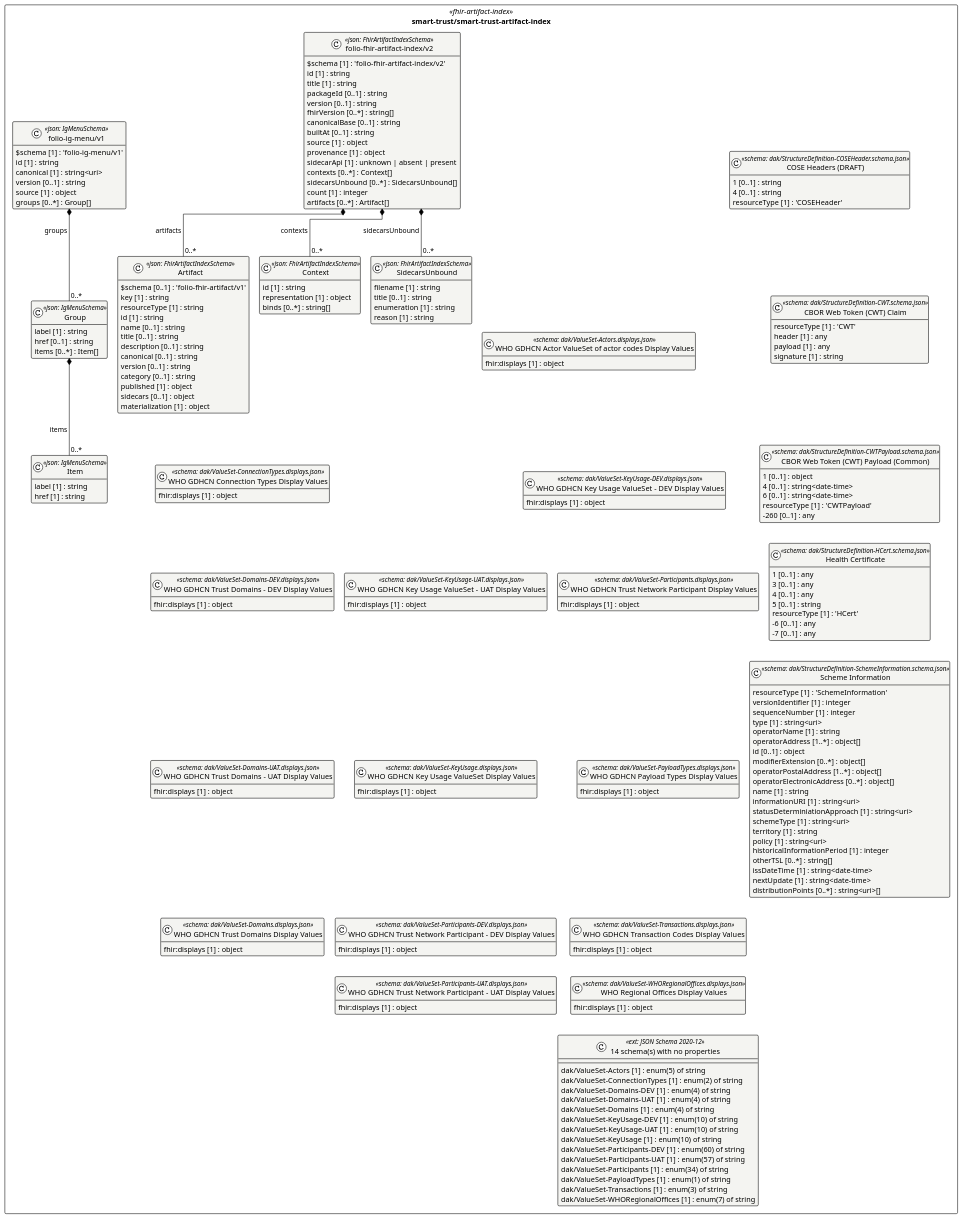
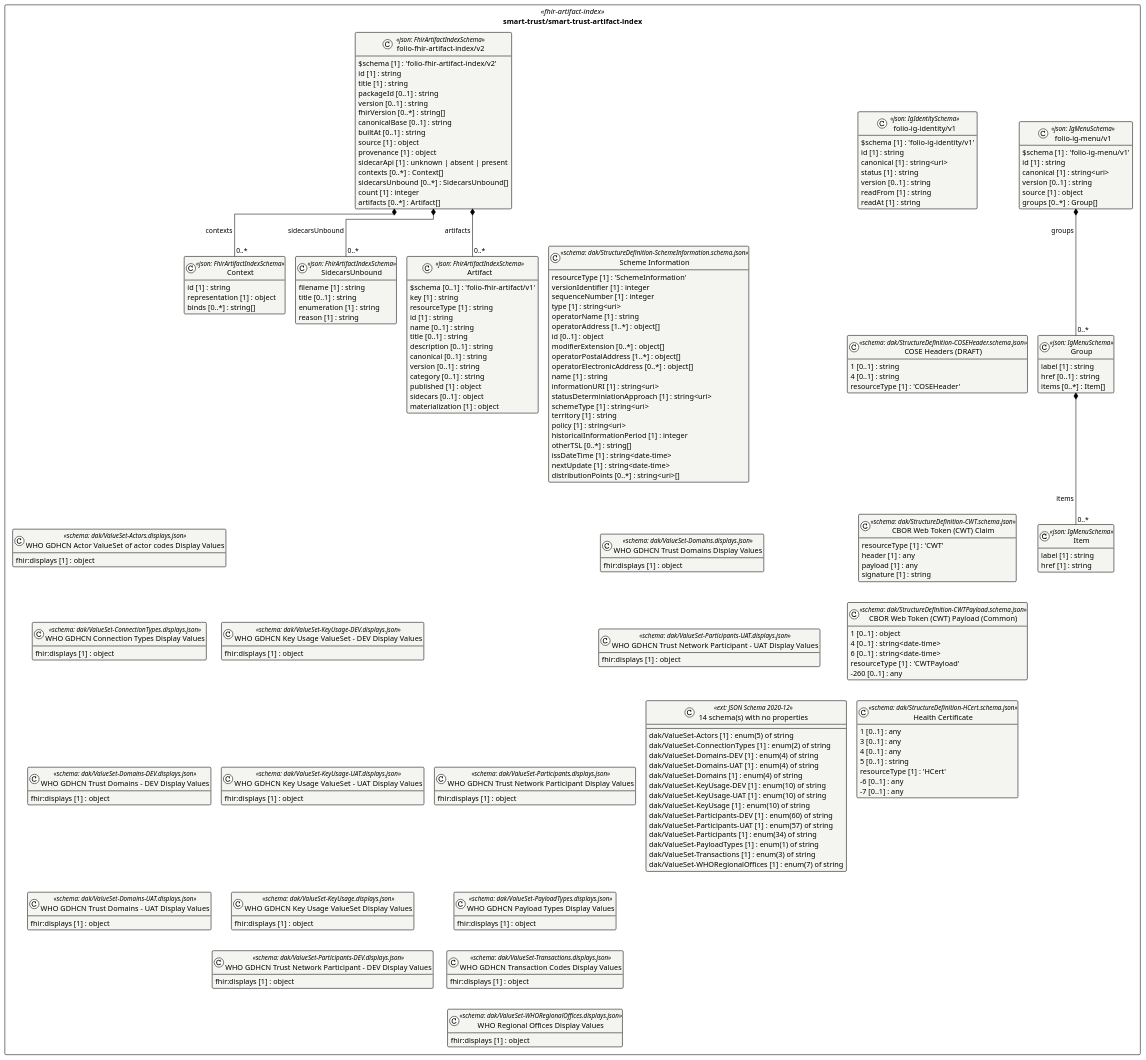
The diagram in cat-harness/uml/overview/smart-trust/smart-trust-artifact-index.puml (litlfred/folio-assistant), drawn with PlantUML before and after one commit. The commit also changed 56 other files, not shown here.

```diff
--- a/cat-harness/uml/overview/smart-trust/smart-trust-artifact-index.puml
+++ b/cat-harness/uml/overview/smart-trust/smart-trust-artifact-index.puml
@@ -3,185 +3,194 @@
 @startuml smart_trust_smart_trust_artifact_index
 !pragma layout elk
 !theme plain
 skinparam classAttributeIconSize 0
 skinparam shadowing false
 skinparam packageStyle rectangle
 hide empty methods
 
 package "smart-trust/smart-trust-artifact-index" as pkg_smart_trust_smart_trust_artifact_index <<fhir-artifact-index>> {
   class "Context" as smart_trust_smart_trust_artifact_index_folio_fhir_artifact_index_v2_Context <<json: FhirArtifactIndexSchema>> #f4f4f1 {
     id [1] : string
     representation [1] : object
     binds [0..*] : string[]
   }
   class "SidecarsUnbound" as smart_trust_smart_trust_artifact_index_folio_fhir_artifact_index_v2_SidecarsUnbound <<json: FhirArtifactIndexSchema>> #f4f4f1 {
     filename [1] : string
     title [0..1] : string
     enumeration [1] : string
     reason [1] : string
   }
   class "Artifact" as smart_trust_smart_trust_artifact_index_folio_fhir_artifact_index_v2_Artifact <<json: FhirArtifactIndexSchema>> #f4f4f1 {
     $schema [0..1] : 'folio-fhir-artifact/v1'
     key [1] : string
     resourceType [1] : string
     id [1] : string
     name [0..1] : string
     title [0..1] : string
     description [0..1] : string
     canonical [0..1] : string
     version [0..1] : string
     category [0..1] : string
     published [1] : object
     sidecars [0..1] : object
     materialization [1] : object
   }
   class "folio-fhir-artifact-index/v2" as smart_trust_smart_trust_artifact_index_folio_fhir_artifact_index_v2_folio_fhir_artifact_index_v2 <<json: FhirArtifactIndexSchema>> #f4f4f1 {
     $schema [1] : 'folio-fhir-artifact-index/v2'
     id [1] : string
     title [1] : string
     packageId [0..1] : string
     version [0..1] : string
     fhirVersion [0..*] : string[]
     canonicalBase [0..1] : string
     builtAt [0..1] : string
     source [1] : object
     provenance [1] : object
     sidecarApi [1] : unknown | absent | present
     contexts [0..*] : Context[]
     sidecarsUnbound [0..*] : SidecarsUnbound[]
     count [1] : integer
     artifacts [0..*] : Artifact[]
   }
   class "Item" as smart_trust_smart_trust_artifact_index_folio_ig_menu_v1_Item <<json: IgMenuSchema>> #f4f4f1 {
     label [1] : string
     href [1] : string
   }
   class "Group" as smart_trust_smart_trust_artifact_index_folio_ig_menu_v1_Group <<json: IgMenuSchema>> #f4f4f1 {
     label [1] : string
     href [0..1] : string
     items [0..*] : Item[]
   }
   class "folio-ig-menu/v1" as smart_trust_smart_trust_artifact_index_folio_ig_menu_v1_folio_ig_menu_v1 <<json: IgMenuSchema>> #f4f4f1 {
     $schema [1] : 'folio-ig-menu/v1'
     id [1] : string
     canonical [1] : string<uri>
     version [0..1] : string
     source [1] : object
     groups [0..*] : Group[]
+  }
+  class "folio-ig-identity/v1" as smart_trust_smart_trust_artifact_index_folio_ig_identity_v1_folio_ig_identity_v1 <<json: IgIdentitySchema>> #f4f4f1 {
+    $schema [1] : 'folio-ig-identity/v1'
+    id [1] : string
+    canonical [1] : string<uri>
+    status [1] : string
+    version [0..1] : string
+    readFrom [1] : string
+    readAt [1] : string
   }
   class "COSE Headers (DRAFT)" as smart_trust_smart_trust_artifact_index_dak_StructureDefinition_COSEHeader_schema_json_COSE_Headers__DRAFT_ <<schema: dak/StructureDefinition-COSEHeader.schema.json>> #f4f4f1 {
     1 [0..1] : string
     4 [0..1] : string
     resourceType [1] : 'COSEHeader'
   }
   class "CBOR Web Token (CWT) Claim" as smart_trust_smart_trust_artifact_index_dak_StructureDefinition_CWT_schema_json_CBOR_Web_Token__CWT__Claim <<schema: dak/StructureDefinition-CWT.schema.json>> #f4f4f1 {
     resourceType [1] : 'CWT'
     header [1] : any
     payload [1] : any
     signature [1] : string
   }
   class "CBOR Web Token (CWT) Payload (Common)" as smart_trust_smart_trust_artifact_index_dak_StructureDefinition_CWTPayload_schema_json_CBOR_Web_Token__CWT__Payload__Common_ <<schema: dak/StructureDefinition-CWTPayload.schema.json>> #f4f4f1 {
     1 [0..1] : object
     4 [0..1] : string<date-time>
     6 [0..1] : string<date-time>
     resourceType [1] : 'CWTPayload'
     -260 [0..1] : any
   }
   class "Health Certificate" as smart_trust_smart_trust_artifact_index_dak_StructureDefinition_HCert_schema_json_Health_Certificate <<schema: dak/StructureDefinition-HCert.schema.json>> #f4f4f1 {
     1 [0..1] : any
     3 [0..1] : any
     4 [0..1] : any
     5 [0..1] : string
     resourceType [1] : 'HCert'
     -6 [0..1] : any
     -7 [0..1] : any
   }
   class "Scheme Information" as smart_trust_smart_trust_artifact_index_dak_StructureDefinition_SchemeInformation_schema_json_Scheme_Information <<schema: dak/StructureDefinition-SchemeInformation.schema.json>> #f4f4f1 {
     resourceType [1] : 'SchemeInformation'
     versionIdentifier [1] : integer
     sequenceNumber [1] : integer
     type [1] : string<uri>
     operatorName [1] : string
     operatorAddress [1..*] : object[]
     id [0..1] : object
     modifierExtension [0..*] : object[]
     operatorPostalAddress [1..*] : object[]
     operatorElectronicAddress [0..*] : object[]
     name [1] : string
     informationURI [1] : string<uri>
     statusDeterminiationApproach [1] : string<uri>
     schemeType [1] : string<uri>
     territory [1] : string
     policy [1] : string<uri>
     historicalInformationPeriod [1] : integer
     otherTSL [0..*] : string[]
     issDateTime [1] : string<date-time>
     nextUpdate [1] : string<date-time>
     distributionPoints [0..*] : string<uri>[]
   }
   class "WHO GDHCN Actor ValueSet of actor codes Display Values" as smart_trust_smart_trust_artifact_index_dak_ValueSet_Actors_displays_json_WHO_GDHCN_Actor_ValueSet_of_actor_codes_Display_Values <<schema: dak/ValueSet-Actors.displays.json>> #f4f4f1 {
     fhir:displays [1] : object
   }
   class "WHO GDHCN Connection Types Display Values" as smart_trust_smart_trust_artifact_index_dak_ValueSet_ConnectionTypes_displays_json_WHO_GDHCN_Connection_Types_Display_Values <<schema: dak/ValueSet-ConnectionTypes.displays.json>> #f4f4f1 {
     fhir:displays [1] : object
   }
   class "WHO GDHCN Trust Domains - DEV Display Values" as smart_trust_smart_trust_artifact_index_dak_ValueSet_Domains_DEV_displays_json_WHO_GDHCN_Trust_Domains___DEV_Display_Values <<schema: dak/ValueSet-Domains-DEV.displays.json>> #f4f4f1 {
     fhir:displays [1] : object
   }
   class "WHO GDHCN Trust Domains - UAT Display Values" as smart_trust_smart_trust_artifact_index_dak_ValueSet_Domains_UAT_displays_json_WHO_GDHCN_Trust_Domains___UAT_Display_Values <<schema: dak/ValueSet-Domains-UAT.displays.json>> #f4f4f1 {
     fhir:displays [1] : object
   }
   class "WHO GDHCN Trust Domains Display Values" as smart_trust_smart_trust_artifact_index_dak_ValueSet_Domains_displays_json_WHO_GDHCN_Trust_Domains_Display_Values <<schema: dak/ValueSet-Domains.displays.json>> #f4f4f1 {
     fhir:displays [1] : object
   }
   class "WHO GDHCN  Key Usage ValueSet - DEV Display Values" as smart_trust_smart_trust_artifact_index_dak_ValueSet_KeyUsage_DEV_displays_json_WHO_GDHCN__Key_Usage_ValueSet___DEV_Display_Values <<schema: dak/ValueSet-KeyUsage-DEV.displays.json>> #f4f4f1 {
     fhir:displays [1] : object
   }
   class "WHO GDHCN  Key Usage ValueSet - UAT Display Values" as smart_trust_smart_trust_artifact_index_dak_ValueSet_KeyUsage_UAT_displays_json_WHO_GDHCN__Key_Usage_ValueSet___UAT_Display_Values <<schema: dak/ValueSet-KeyUsage-UAT.displays.json>> #f4f4f1 {
     fhir:displays [1] : object
   }
   class "WHO GDHCN  Key Usage ValueSet Display Values" as smart_trust_smart_trust_artifact_index_dak_ValueSet_KeyUsage_displays_json_WHO_GDHCN__Key_Usage_ValueSet_Display_Values <<schema: dak/ValueSet-KeyUsage.displays.json>> #f4f4f1 {
     fhir:displays [1] : object
   }
   class "WHO GDHCN Trust Network Participant - DEV Display Values" as smart_trust_smart_trust_artifact_index_dak_ValueSet_Participants_DEV_displays_json_WHO_GDHCN_Trust_Network_Participant___DEV_Display_Values <<schema: dak/ValueSet-Participants-DEV.displays.json>> #f4f4f1 {
     fhir:displays [1] : object
   }
   class "WHO GDHCN Trust Network Participant - UAT Display Values" as smart_trust_smart_trust_artifact_index_dak_ValueSet_Participants_UAT_displays_json_WHO_GDHCN_Trust_Network_Participant___UAT_Display_Values <<schema: dak/ValueSet-Participants-UAT.displays.json>> #f4f4f1 {
     fhir:displays [1] : object
   }
   class "WHO GDHCN Trust Network Participant Display Values" as smart_trust_smart_trust_artifact_index_dak_ValueSet_Participants_displays_json_WHO_GDHCN_Trust_Network_Participant_Display_Values <<schema: dak/ValueSet-Participants.displays.json>> #f4f4f1 {
     fhir:displays [1] : object
   }
   class "WHO GDHCN Payload Types Display Values" as smart_trust_smart_trust_artifact_index_dak_ValueSet_PayloadTypes_displays_json_WHO_GDHCN_Payload_Types_Display_Values <<schema: dak/ValueSet-PayloadTypes.displays.json>> #f4f4f1 {
     fhir:displays [1] : object
   }
   class "WHO GDHCN Transaction Codes Display Values" as smart_trust_smart_trust_artifact_index_dak_ValueSet_Transactions_displays_json_WHO_GDHCN_Transaction_Codes_Display_Values <<schema: dak/ValueSet-Transactions.displays.json>> #f4f4f1 {
     fhir:displays [1] : object
   }
   class "WHO Regional Offices Display Values" as smart_trust_smart_trust_artifact_index_dak_ValueSet_WHORegionalOffices_displays_json_WHO_Regional_Offices_Display_Values <<schema: dak/ValueSet-WHORegionalOffices.displays.json>> #f4f4f1 {
     fhir:displays [1] : object
   }
   class "14 schema(s) with no properties" as smart_trust_smart_trust_artifact_index_https___json_schema_org_draft_2020_12_schema_listed <<ext: JSON Schema 2020-12>> #f4f4f1 {
     dak/ValueSet-Actors [1] : enum(5) of string
     dak/ValueSet-ConnectionTypes [1] : enum(2) of string
     dak/ValueSet-Domains-DEV [1] : enum(4) of string
     dak/ValueSet-Domains-UAT [1] : enum(4) of string
     dak/ValueSet-Domains [1] : enum(4) of string
     dak/ValueSet-KeyUsage-DEV [1] : enum(10) of string
     dak/ValueSet-KeyUsage-UAT [1] : enum(10) of string
     dak/ValueSet-KeyUsage [1] : enum(10) of string
     dak/ValueSet-Participants-DEV [1] : enum(60) of string
     dak/ValueSet-Participants-UAT [1] : enum(57) of string
     dak/ValueSet-Participants [1] : enum(34) of string
     dak/ValueSet-PayloadTypes [1] : enum(1) of string
     dak/ValueSet-Transactions [1] : enum(3) of string
     dak/ValueSet-WHORegionalOffices [1] : enum(7) of string
   }
 }
 
 smart_trust_smart_trust_artifact_index_folio_fhir_artifact_index_v2_folio_fhir_artifact_index_v2 *-- "0..*" smart_trust_smart_trust_artifact_index_folio_fhir_artifact_index_v2_Context : contexts
 smart_trust_smart_trust_artifact_index_folio_fhir_artifact_index_v2_folio_fhir_artifact_index_v2 *-- "0..*" smart_trust_smart_trust_artifact_index_folio_fhir_artifact_index_v2_SidecarsUnbound : sidecarsUnbound
 smart_trust_smart_trust_artifact_index_folio_fhir_artifact_index_v2_folio_fhir_artifact_index_v2 *-- "0..*" smart_trust_smart_trust_artifact_index_folio_fhir_artifact_index_v2_Artifact : artifacts
 smart_trust_smart_trust_artifact_index_folio_ig_menu_v1_Group *-- "0..*" smart_trust_smart_trust_artifact_index_folio_ig_menu_v1_Item : items
 smart_trust_smart_trust_artifact_index_folio_ig_menu_v1_folio_ig_menu_v1 *-- "0..*" smart_trust_smart_trust_artifact_index_folio_ig_menu_v1_Group : groups
 @enduml
```
